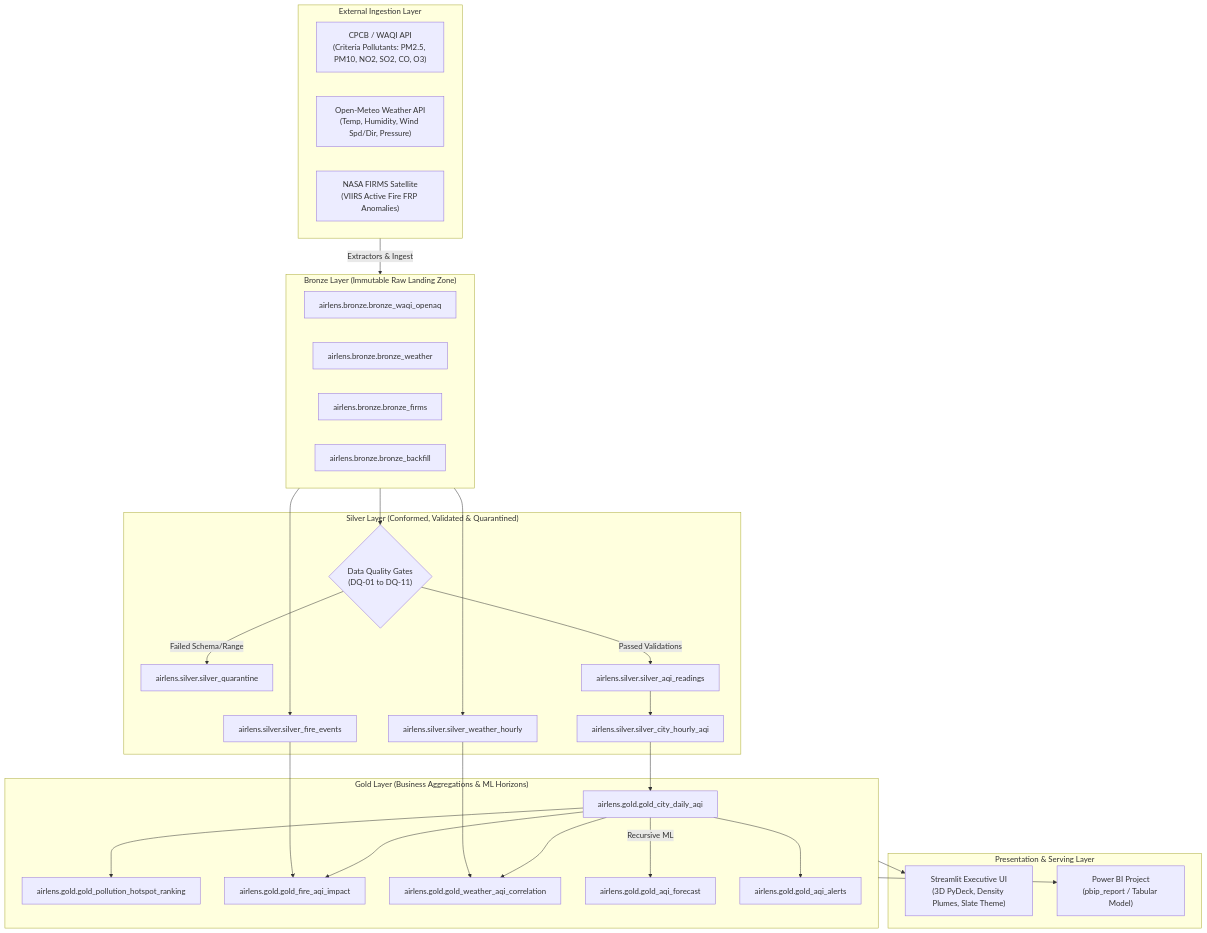
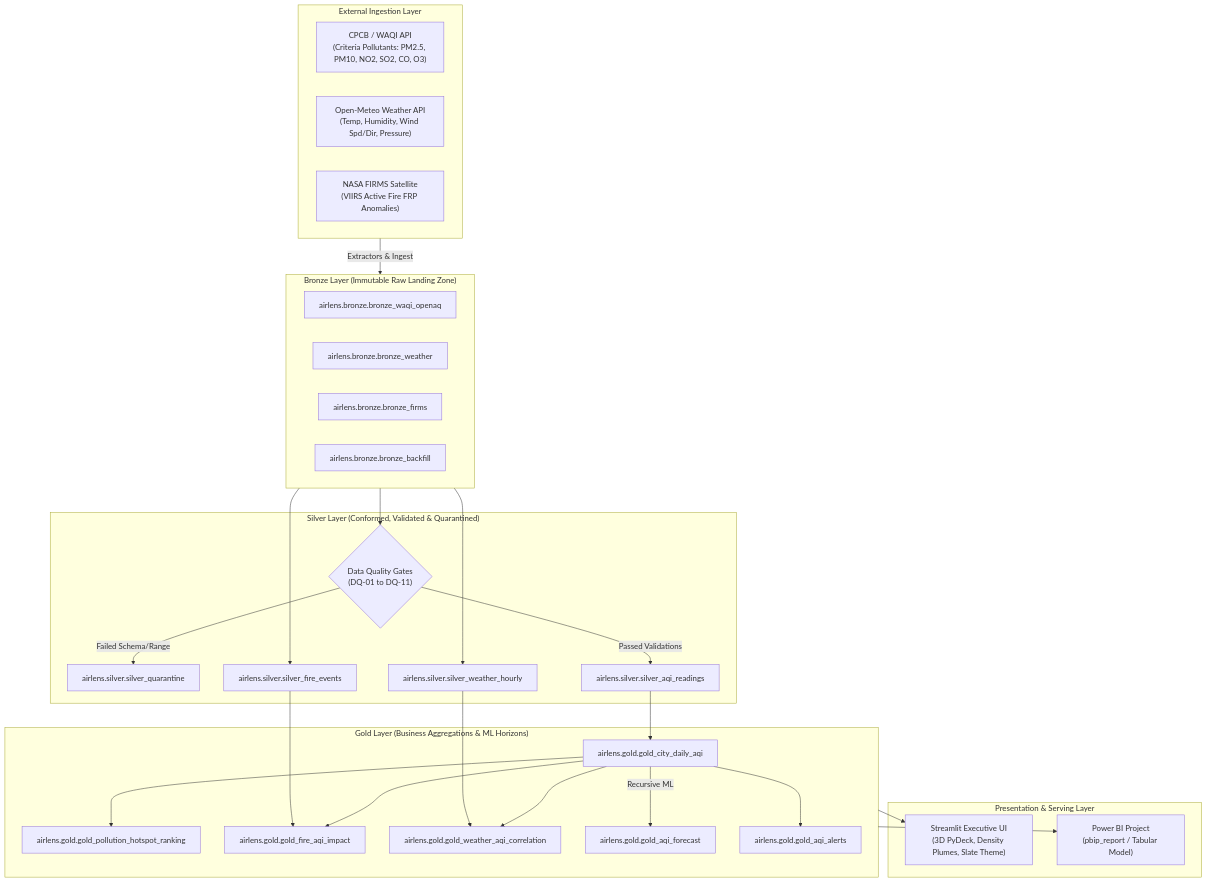
Before and after one commit to hsg001-95/infix_airlens: the diagram in README.md, drawn with Mermaid. The commit also changed other lines of this file and 22 other files, not shown here.

Commit message:
feat: add GenAI Family Air Assistant, expand city coverage to 25 cities, and clean up legacy hourly table

````diff
--- a/README.md
+++ b/README.md
@@ -43,56 +43,54 @@
 ```mermaid
 flowchart TD
     subgraph DataSources["External Ingestion Layer"]
         WAQI["CPCB / WAQI API<br/>(Criteria Pollutants: PM2.5, PM10, NO2, SO2, CO, O3)"]
         METEO["Open-Meteo Weather API<br/>(Temp, Humidity, Wind Spd/Dir, Pressure)"]
         FIRMS["NASA FIRMS Satellite<br/>(VIIRS Active Fire FRP Anomalies)"]
     end
 
     subgraph BronzeLayer["Bronze Layer (Immutable Raw Landing Zone)"]
         B_WAQI["airlens.bronze.bronze_waqi_openaq"]
         B_WX["airlens.bronze.bronze_weather"]
         B_FIRMS["airlens.bronze.bronze_firms"]
         B_BACK["airlens.bronze.bronze_backfill"]
     end
 
     subgraph SilverLayer["Silver Layer (Conformed, Validated & Quarantined)"]
         DQ{"Data Quality Gates<br/>(DQ-01 to DQ-11)"}
         S_QUAR["airlens.silver.silver_quarantine"]
         S_AQI["airlens.silver.silver_aqi_readings"]
-        S_HOURLY["airlens.silver.silver_city_hourly_aqi"]
         S_WX["airlens.silver.silver_weather_hourly"]
         S_FIRE["airlens.silver.silver_fire_events"]
     end
 
     subgraph GoldLayer["Gold Layer (Business Aggregations & ML Horizons)"]
         G_DAILY["airlens.gold.gold_city_daily_aqi"]
         G_RANK["airlens.gold.gold_pollution_hotspot_ranking"]
         G_FIRE["airlens.gold.gold_fire_aqi_impact"]
         G_CORR["airlens.gold.gold_weather_aqi_correlation"]
         G_FC["airlens.gold.gold_aqi_forecast"]
         G_ALERTS["airlens.gold.gold_aqi_alerts"]
     end
 
     subgraph Presentation["Presentation & Serving Layer"]
         ST_APP["Streamlit Executive UI<br/>(3D PyDeck, Density Plumes, Slate Theme)"]
         PBI["Power BI Project<br/>(pbip_report / Tabular Model)"]
     end
 
     DataSources -->|Extractors & Ingest| BronzeLayer
     BronzeLayer --> DQ
     DQ -->|Failed Schema/Range| S_QUAR
     DQ -->|Passed Validations| S_AQI
-    S_AQI --> S_HOURLY
+    S_AQI --> G_DAILY
     BronzeLayer --> S_WX
     BronzeLayer --> S_FIRE
 
-    S_HOURLY --> G_DAILY
     G_DAILY --> G_RANK
     G_DAILY --> G_ALERTS
     S_FIRE & G_DAILY --> G_FIRE
     S_WX & G_DAILY --> G_CORR
     G_DAILY -->|Recursive ML| G_FC
 
     GoldLayer --> ST_APP
     GoldLayer --> PBI
 ```
````
